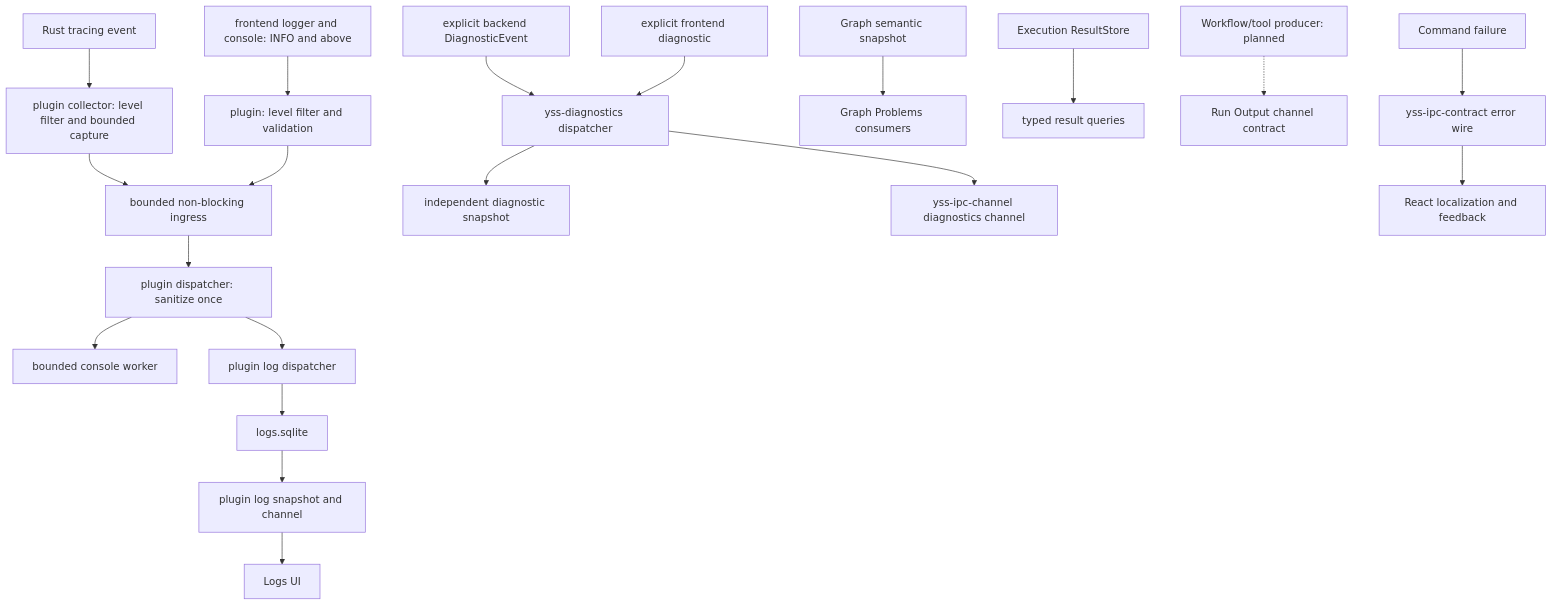
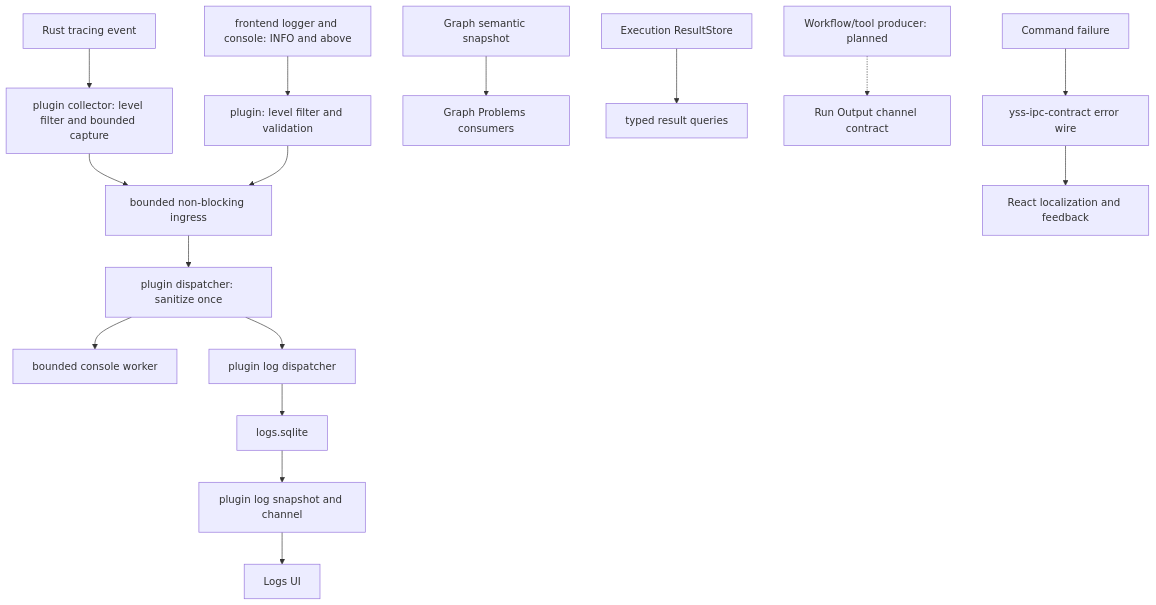
One commit to zhouyi207/YssBI changed the diagram in docs/architecture/RUNTIME_SIGNALS.md. Above: the diagram before and after it, drawn with Mermaid. The commit also changed other lines of this file and 38 other files, not shown here.

````diff
--- a/docs/architecture/RUNTIME_SIGNALS.md
+++ b/docs/architecture/RUNTIME_SIGNALS.md
@@ -34,23 +33,19 @@
 ```mermaid
 flowchart TD
   TRACE[Rust tracing event] --> CAPTURE[plugin collector: level filter and bounded capture]
   CAPTURE --> INGRESS[bounded non-blocking ingress]
   INGRESS --> SANITIZE[plugin dispatcher: sanitize once]
   SANITIZE --> CONSOLE[bounded console worker]
   SANITIZE --> LOGPLUGIN[plugin log dispatcher]
   FELOG[frontend logger and console: INFO and above] --> FEVALIDATE[plugin: level filter and validation]
   FEVALIDATE --> INGRESS
   LOGPLUGIN --> SQLITE[logs.sqlite]
   SQLITE --> LOGCHANNEL[plugin log snapshot and channel]
   LOGCHANNEL --> LOGS[Logs UI]
-  RUSTDIAG[explicit backend DiagnosticEvent] --> DIAG[yss-diagnostics dispatcher]
-  FEDIAG[explicit frontend diagnostic] --> DIAG
-  DIAG --> RECENT[independent diagnostic snapshot]
-  DIAG --> LIVE[yss-ipc-channel diagnostics channel]
 
   GRAPH[Graph semantic snapshot] --> PROBLEMS[Graph Problems consumers]
   RESULT[Execution ResultStore] --> RESULTQUERY[typed result queries]
   PROGRAM[Workflow/tool producer: planned] -.-> OUTPUT[Run Output channel contract]
   FAILURE[Command failure] --> WIRE[yss-ipc-contract error wire]
   WIRE --> FEEDBACK[React localization and feedback]
 ```
````
